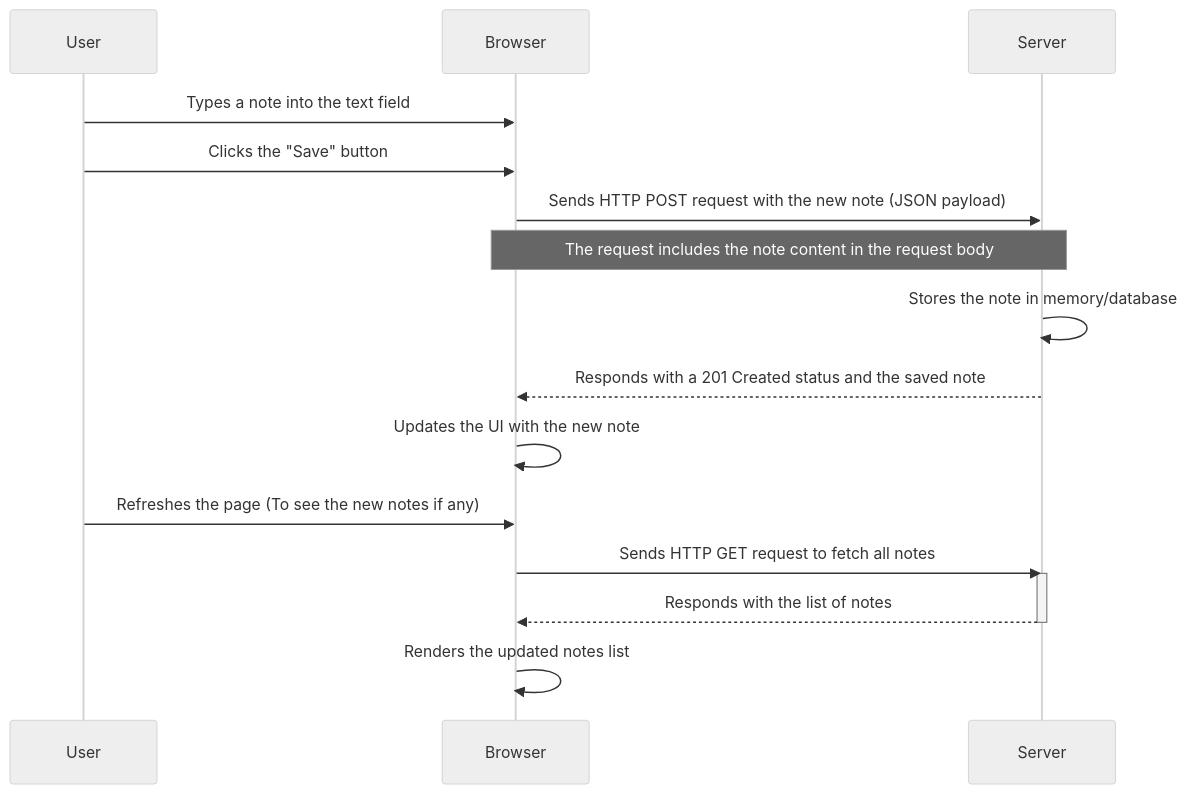
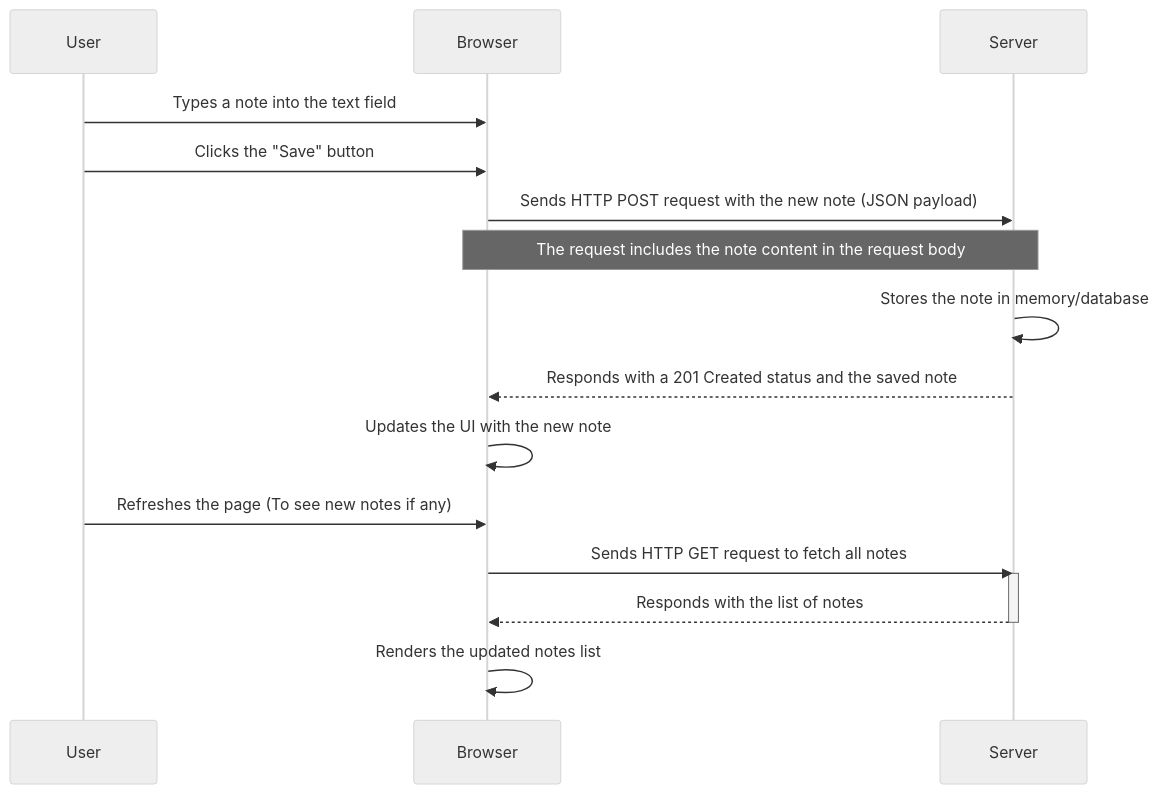
One commit to Ezeh20/fullstack-open changed the diagram in part0/Exercise0.4.md. Above: the diagram before and after it, drawn with Mermaid (neutral theme).

````diff
--- a/part0/Exercise0.4.md
+++ b/part0/Exercise0.4.md
@@ -1,25 +1,25 @@
 ```mermaid
 
 sequenceDiagram
     participant User
     participant Browser
     participant Server
     
     User->>Browser: Types a note into the text field
     User->>Browser: Clicks the "Save" button
     
     Browser->>Server: Sends HTTP POST request with the new note (JSON payload)
     note over Browser,Server: The request includes the note content in the request body
     
     Server->>Server: Stores the note in memory/database
     Server-->>Browser: Responds with a 201 Created status and the saved note
     
     Browser->>Browser: Updates the UI with the new note
     
-    User->>Browser: Refreshes the page (To see the new notes if any)
+    User->>Browser: Refreshes the page (To see new notes if any)
     Browser->>Server: Sends HTTP GET request to fetch all notes
     activate Server
     Server-->>Browser: Responds with the list of notes
     deactivate Server
     Browser->>Browser: Renders the updated notes list
 ```
````
